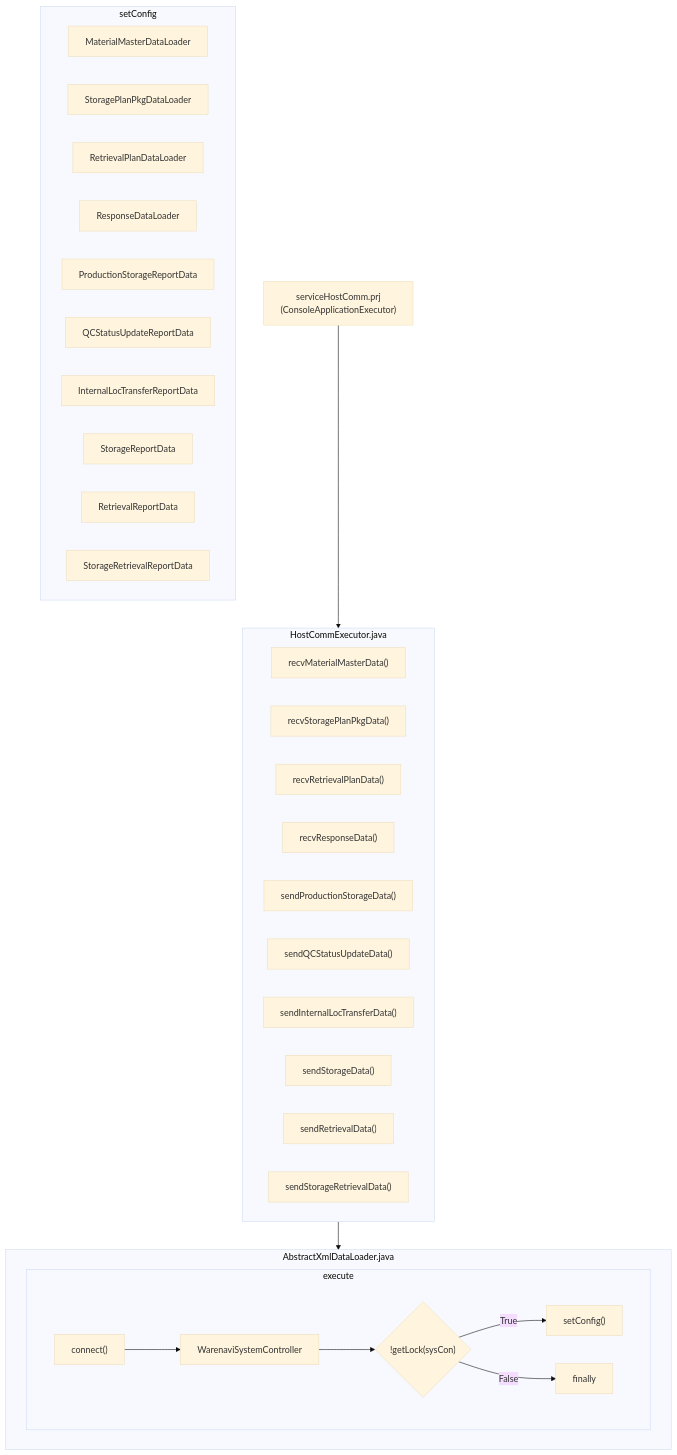
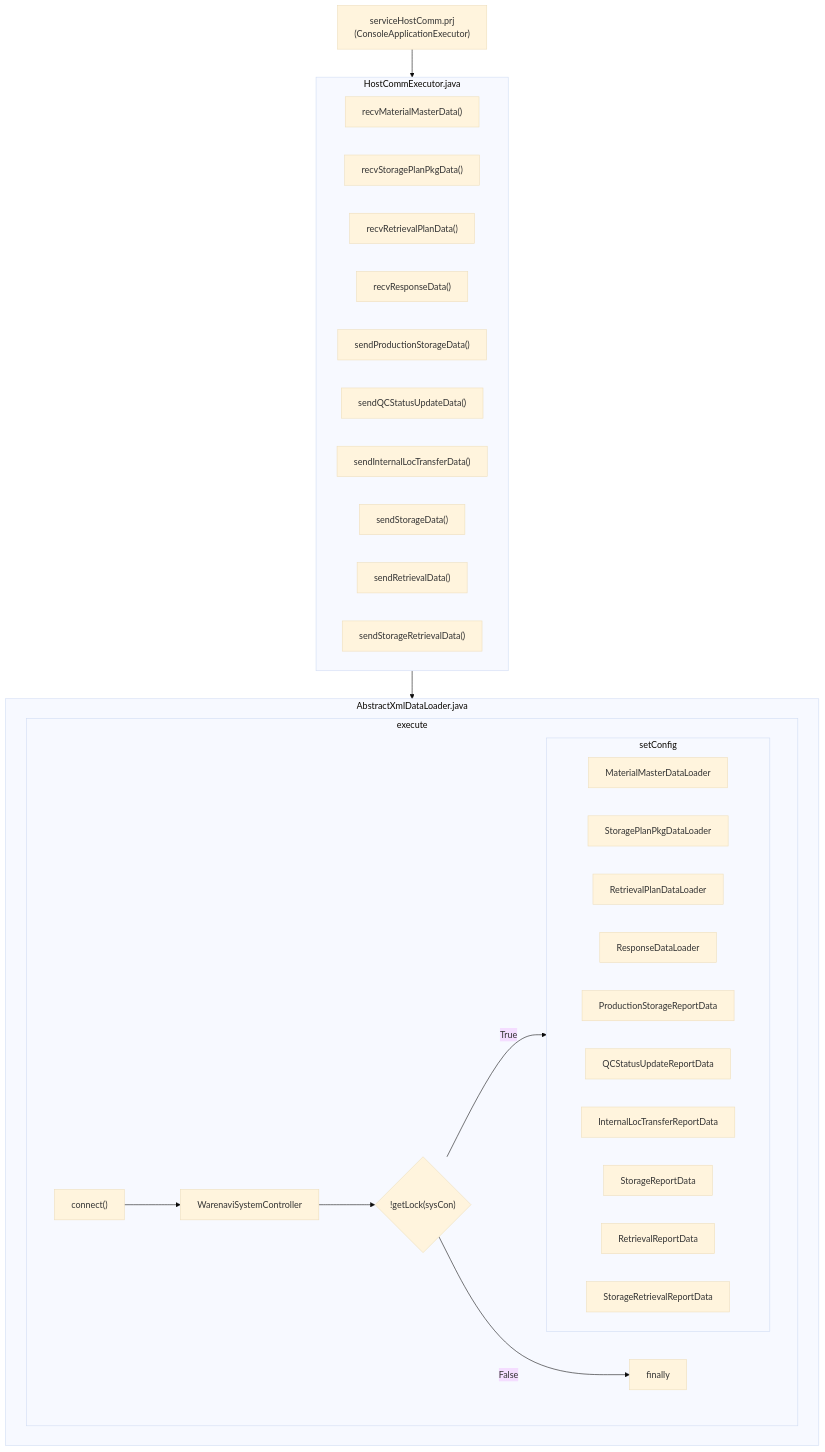
One commit to luthfiadityaa/SimeDarby-Wiki changed the diagram in Basic-Design/Host-Interfaces.md. Above: the diagram before and after it, drawn with Mermaid (base theme).

Commit message:
Updated Host Interfaces

```diff
--- a/Basic-Design/Host-Interfaces.md
+++ b/Basic-Design/Host-Interfaces.md
@@ -30,52 +30,52 @@
 ::: mermaid
 flowchart TD
  C1["serviceHostComm.prj<br>(ConsoleApplicationExecutor)"]           
  C1 --> HostCommExecutor.java
  AbstractXmlDataLoader.java
  HostCommExecutor.java --> AbstractXmlDataLoader.java
 
 subgraph HostCommExecutor.java
  C2["recvMaterialMasterData()"]
  C3["recvStoragePlanPkgData()"]
  C4["recvRetrievalPlanData()"]
  C5["recvResponseData()"]
  C6["sendProductionStorageData()"]
  C7["sendQCStatusUpdateData()"]
  C8["sendInternalLocTransferData()"]
  C9["sendStorageData()"]
  C10["sendRetrievalData()"]
  C11["sendStorageRetrievalData()"]
 end
 
 subgraph AbstractXmlDataLoader.java
  execute        
 end
 
 subgraph execute
  C13["connect()"]
  C14["WarenaviSystemController"]
  
  Cond1{"!getLock(sysCon)"} 
 
  C15["finally"]
- C16["setConfig()"] 
+ setConfig 
 
  C13 --> C14 --> Cond1
- Cond1 --> |True| C16
+ Cond1 --> |True| setConfig
  Cond1 --> |False| C15   
 end
 
 subgraph setConfig
  C21["MaterialMasterDataLoader"]
  C22["StoragePlanPkgDataLoader"]
  C23["RetrievalPlanDataLoader"]
  C24["ResponseDataLoader"]
  C25["ProductionStorageReportData"]
  C26["QCStatusUpdateReportData"]
  C27["InternalLocTransferReportData"]
  C28["StorageReportData"]
  C29["RetrievalReportData"]
  C30["StorageRetrievalReportData"]        
 end
 
 :::
```
